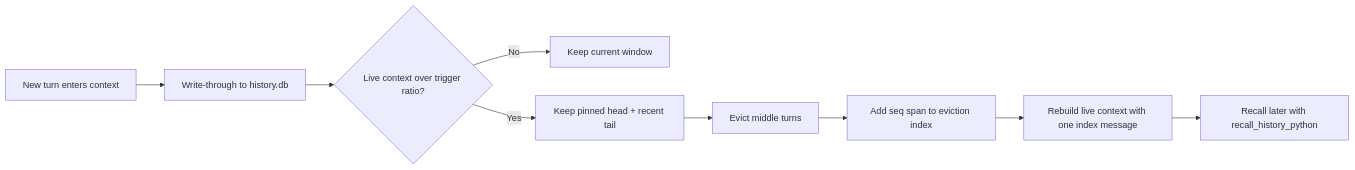
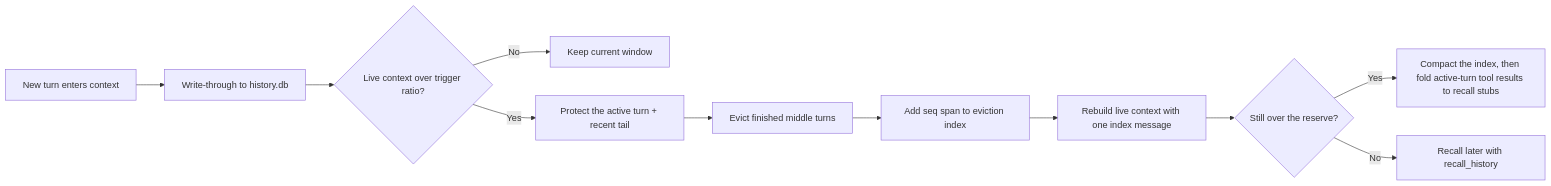
The diagram in website/public/docs/context.en.md (x1n95c/QwenPaw-test), drawn with Mermaid before and after one commit. The commit also changed other lines of this file and 33 other files, not shown here.

Commit message:
fix(scroll): protect the active turn, add graduated pressure relief, and make recall failures unmistakable

````diff
--- a/website/public/docs/context.en.md
+++ b/website/public/docs/context.en.md
@@ -25,11 +25,13 @@
 ```mermaid
 flowchart LR
     A[New turn enters context] --> B[Write-through to history.db]
     B --> C{Live context over trigger ratio?}
     C -->|No| D[Keep current window]
-    C -->|Yes| E[Keep pinned head + recent tail]
-    E --> F[Evict middle turns]
+    C -->|Yes| E[Protect the active turn + recent tail]
+    E --> F[Evict finished middle turns]
     F --> G[Add seq span to eviction index]
     G --> H[Rebuild live context with one index message]
-    H --> I[Recall later with recall_history_python]
+    H --> I{Still over the reserve?}
+    I -->|Yes| J[Compact the index, then fold active-turn tool results to recall stubs]
+    I -->|No| K[Recall later with recall_history]
 ```
````
